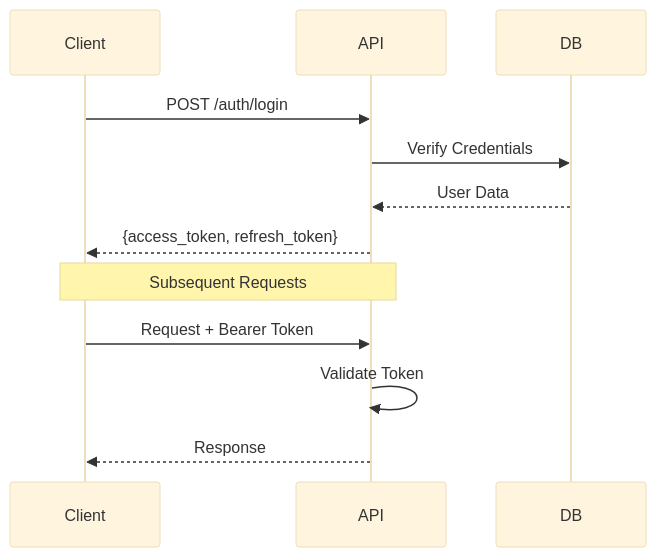
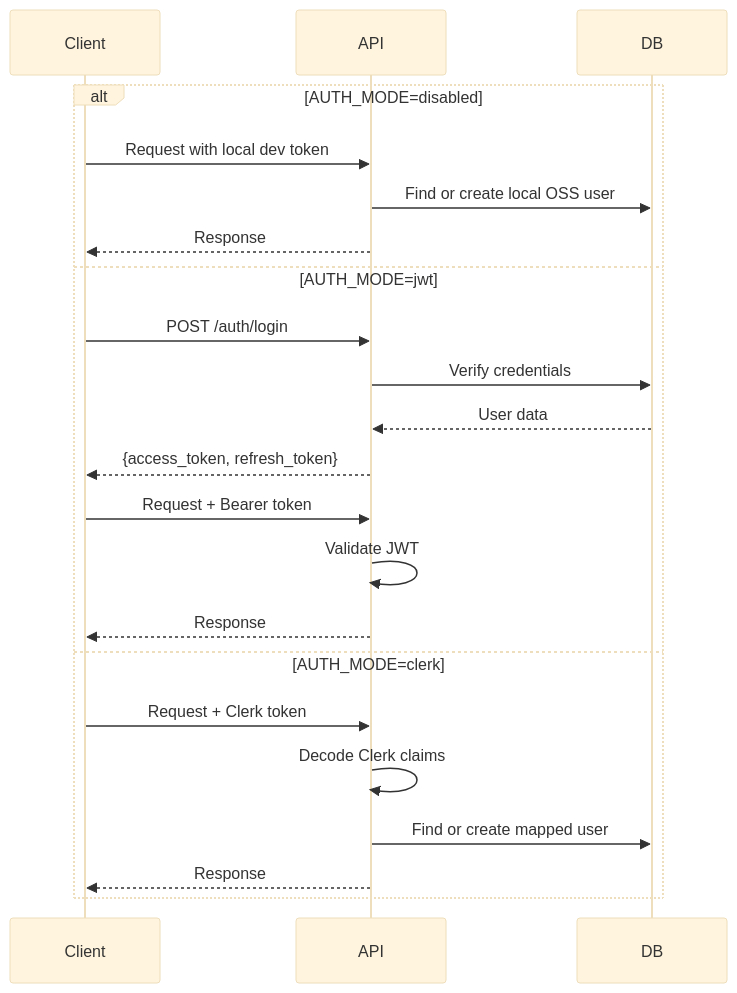
One commit to princepal9120/Perception changed the second of 5 diagrams in ARCHITECTURE.md. Above: the diagram before and after it, drawn with Mermaid (base theme). The commit also changed other lines of this file and 4 other files, not shown here.

Commit message:
feat: Add issue templates for bug reports and feature requests; enhance pull request template and update architecture documentation

````diff
--- a/ARCHITECTURE.md
+++ b/ARCHITECTURE.md
@@ -86,16 +127,25 @@
 ```mermaid
 sequenceDiagram
     participant Client
     participant API
     participant DB
 
-    Client->>API: POST /auth/login
-    API->>DB: Verify Credentials
-    DB-->>API: User Data
-    API-->>Client: {access_token, refresh_token}
-    
-    Note over Client, API: Subsequent Requests
-    Client->>API: Request + Bearer Token
-    API->>API: Validate Token
-    API-->>Client: Response
+    alt AUTH_MODE=disabled
+        Client->>API: Request with local dev token
+        API->>DB: Find or create local OSS user
+        API-->>Client: Response
+    else AUTH_MODE=jwt
+        Client->>API: POST /auth/login
+        API->>DB: Verify credentials
+        DB-->>API: User data
+        API-->>Client: {access_token, refresh_token}
+        Client->>API: Request + Bearer token
+        API->>API: Validate JWT
+        API-->>Client: Response
+    else AUTH_MODE=clerk
+        Client->>API: Request + Clerk token
+        API->>API: Decode Clerk claims
+        API->>DB: Find or create mapped user
+        API-->>Client: Response
+    end
 ```
````
